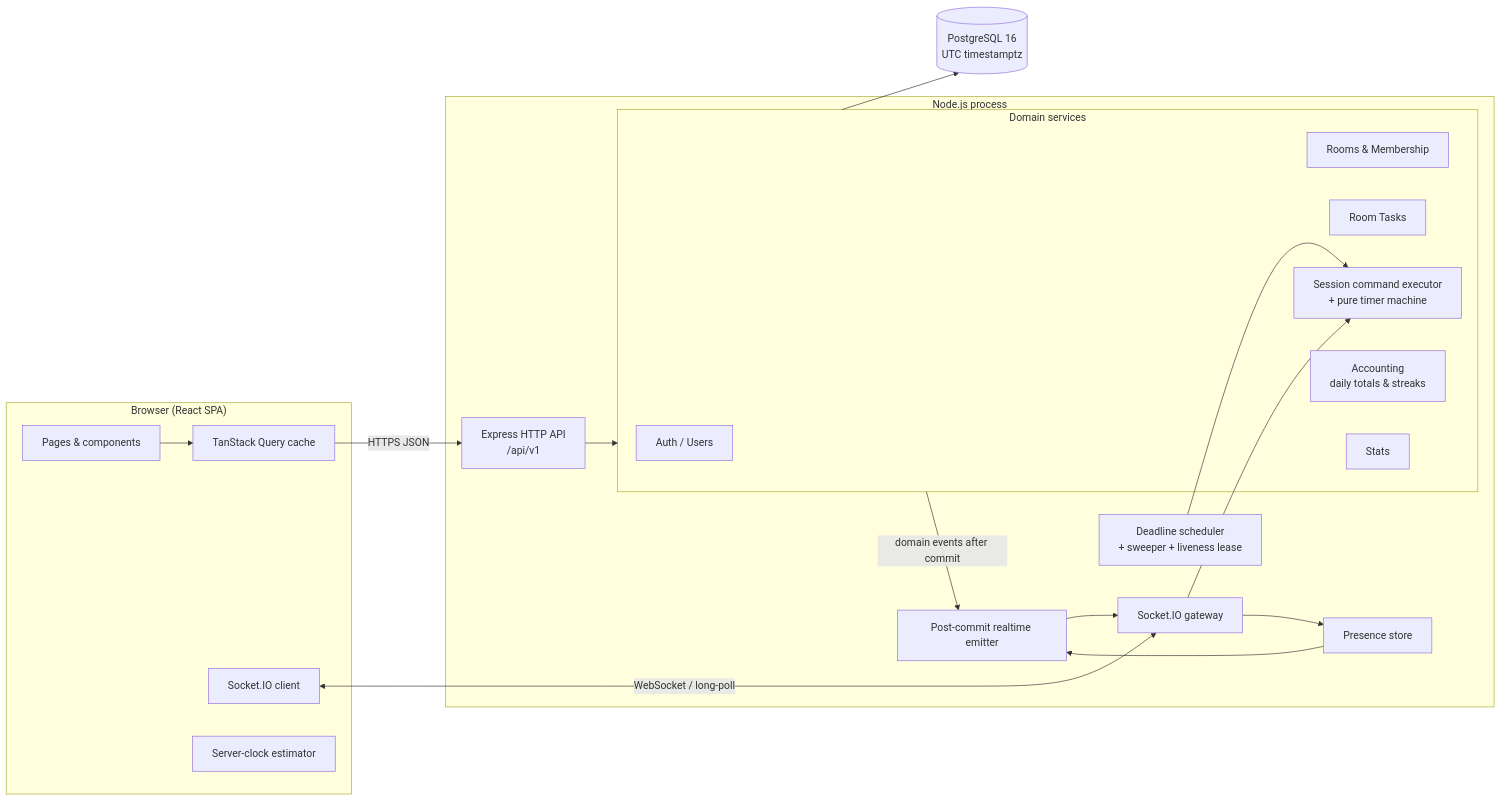
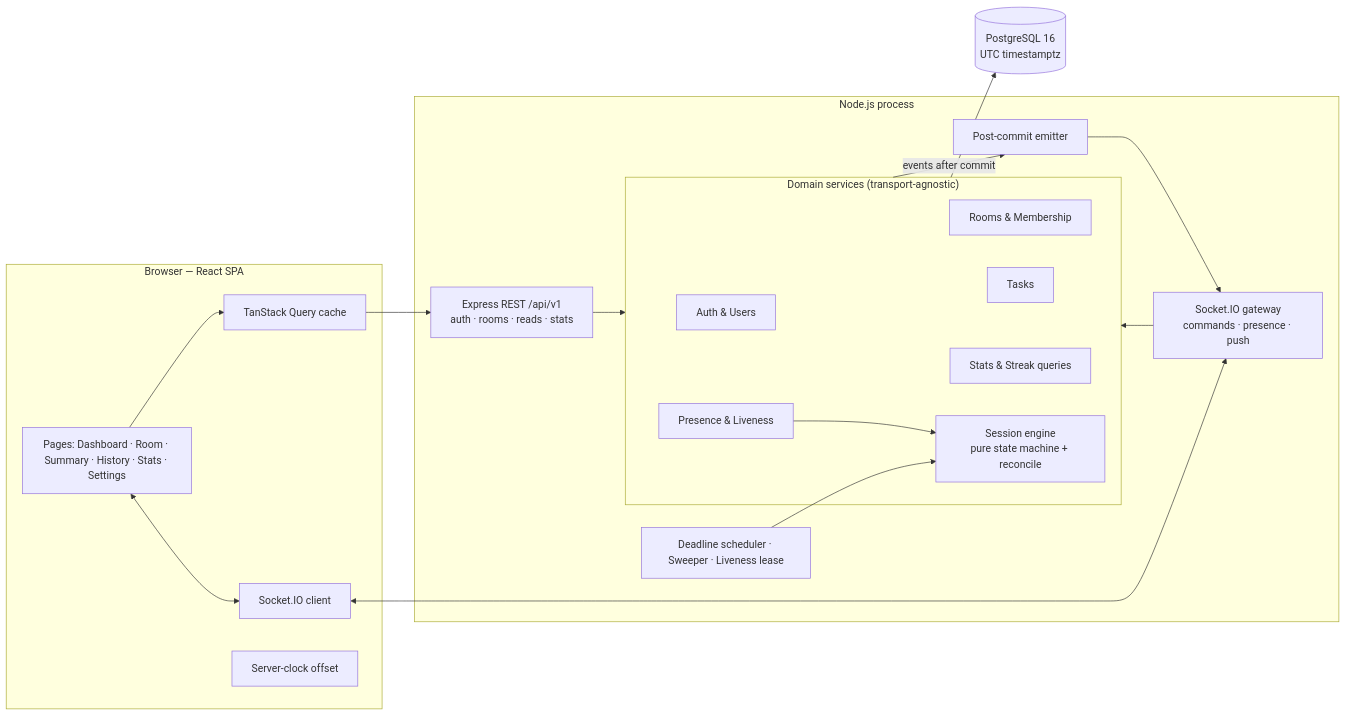
Before and after one commit to Atharvaajain/StudySync: the first of 3 diagrams in ARCHITECTURE.md, drawn with Mermaid. The commit also changed other lines of this file and 6 other files, not shown here.

````diff
--- a/ARCHITECTURE.md
+++ b/ARCHITECTURE.md
@@ -129,39 +255,35 @@
 ```mermaid
 flowchart LR
-  subgraph Client["Browser (React SPA)"]
-    UI[Pages & components]
+  subgraph Browser["Browser — React SPA"]
+    UI[Pages: Dashboard · Room · Summary · History · Stats · Settings]
     QC[TanStack Query cache]
-    SC[Socket.IO client]
-    CLK[Server-clock estimator]
+    SK[Socket.IO client]
+    CLK[Server-clock offset]
   end
 
-  subgraph Server["Node.js process"]
-    HTTP[Express HTTP API<br/>/api/v1]
-    WS[Socket.IO gateway]
-    subgraph Domain["Domain services"]
-      AUTH[Auth / Users]
+  subgraph Node["Node.js process"]
+    REST[Express REST /api/v1<br/>auth · rooms · reads · stats]
+    GW[Socket.IO gateway<br/>commands · presence · push]
+    subgraph Services["Domain services (transport-agnostic)"]
+      AUTH[Auth & Users]
       ROOMS[Rooms & Membership]
-      TASKS[Room Tasks]
-      SESS[Session command executor<br/>+ pure timer machine]
-      ACC[Accounting<br/>daily totals & streaks]
-      STATS[Stats]
+      TASKS[Tasks]
+      SESS[Session engine<br/>pure state machine + reconcile]
+      PRES[Presence & Liveness]
+      STATS[Stats & Streak queries]
     end
-    SCHED[Deadline scheduler<br/>+ sweeper + liveness lease]
-    PRES[Presence store]
-    EMIT[Post-commit realtime emitter]
+    DEAD[Deadline scheduler · Sweeper · Liveness lease]
+    EMIT[Post-commit emitter]
   end
 
   DB[(PostgreSQL 16<br/>UTC timestamptz)]
 
-  UI --> QC
-  QC -- HTTPS JSON --> HTTP
-  SC <-- WebSocket / long-poll --> WS
-  HTTP --> Domain
-  WS --> PRES
-  WS --> SESS
-  SCHED --> SESS
-  Domain --> DB
-  Domain -- domain events after commit --> EMIT
-  EMIT --> WS
-  PRES --> EMIT
+  UI --> QC --> REST
+  UI <--> SK <--> GW
+  REST --> Services
+  GW --> Services
+  DEAD --> SESS
+  PRES --> SESS
+  Services --> DB
+  Services -- events after commit --> EMIT --> GW
 ```
````
